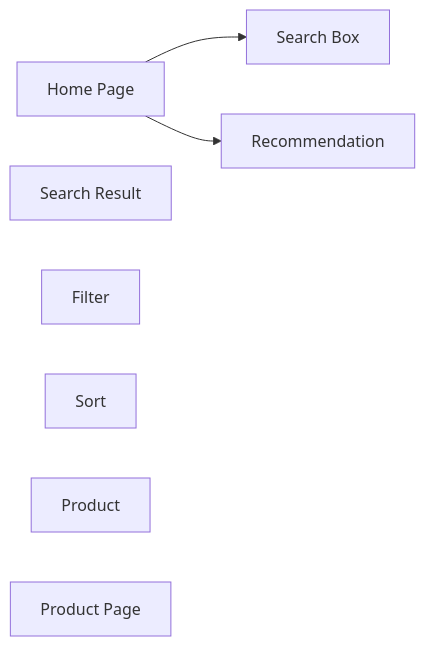
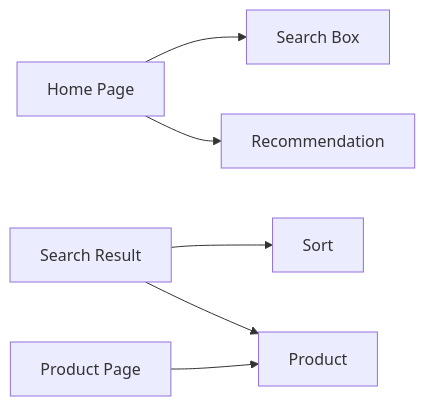
Before and after one commit to MattisZheng/e-commerce: the second of 3 diagrams in README.md, drawn with Mermaid. The commit also changed other lines of this file, not shown here.

````diff
--- a/README.md
+++ b/README.md
@@ -36,15 +34,16 @@
 ```mermaid
 flowchart LR
+
 home[Home Page]
   search[Search Box]
   recommendation[Recommendation]
 result[Search Result]
-  filter[Filter]
   sort[Sort]
   product[Product]
 productPage[Product Page]
   product[Product]
 
 home --> search & recommendation
-
+result --> sort & product
+productPage --> product
 ```
````
